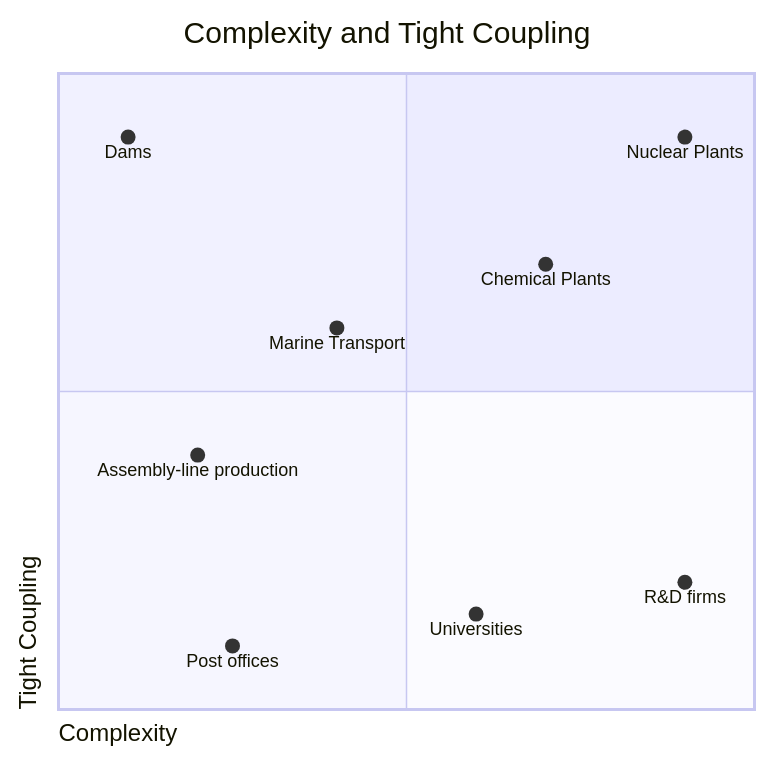
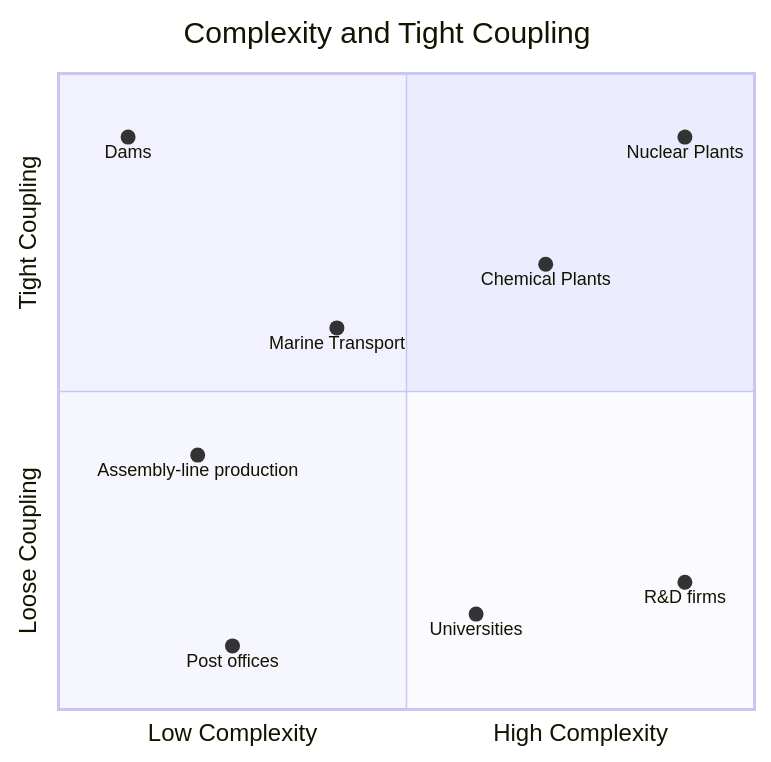
Before and after one commit to cabraham/Books: the diagram in meltdown.md, drawn with Mermaid.

Commit message:
fixing axis titles

````diff
--- a/meltdown.md
+++ b/meltdown.md
@@ -30,14 +30,14 @@
 ```mermaid 
 quadrantChart
     title Complexity and Tight Coupling
-    x-axis Complexity
-    y-axis Tight Coupling
+    x-axis Low Complexity --> High Complexity
+    y-axis Loose Coupling --> Tight Coupling
     Dams: [0.1, 0.9]
     Marine Transport: [0.4, 0.6]
     Chemical Plants: [0.7, 0.7]
     Nuclear Plants: [0.9, 0.9]
     Assembly-line production: [0.20, 0.4]
     Post offices: [0.25, 0.1]
     Universities: [0.6, 0.15]
     R&D firms: [0.9, 0.2]
 ```
````
